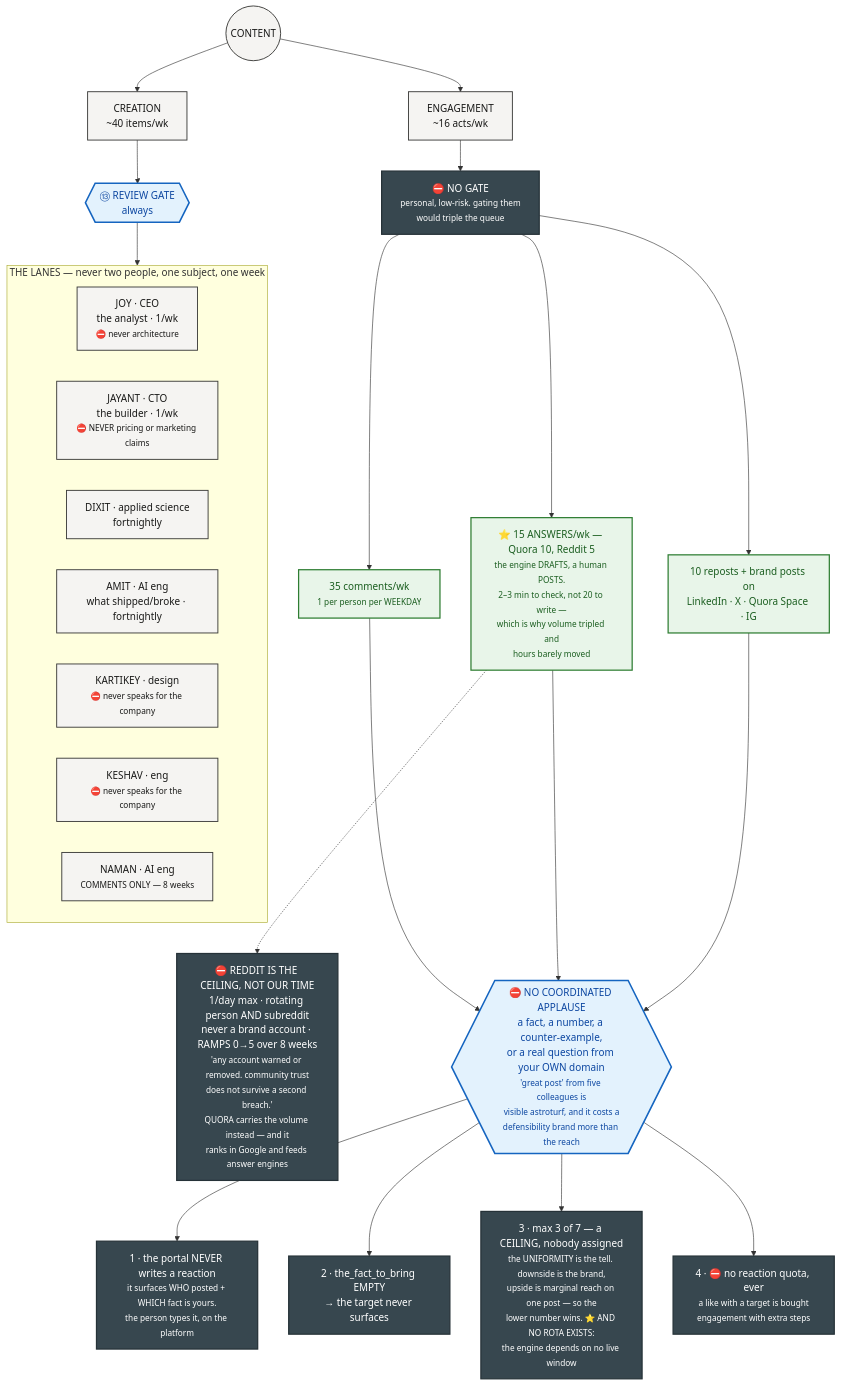
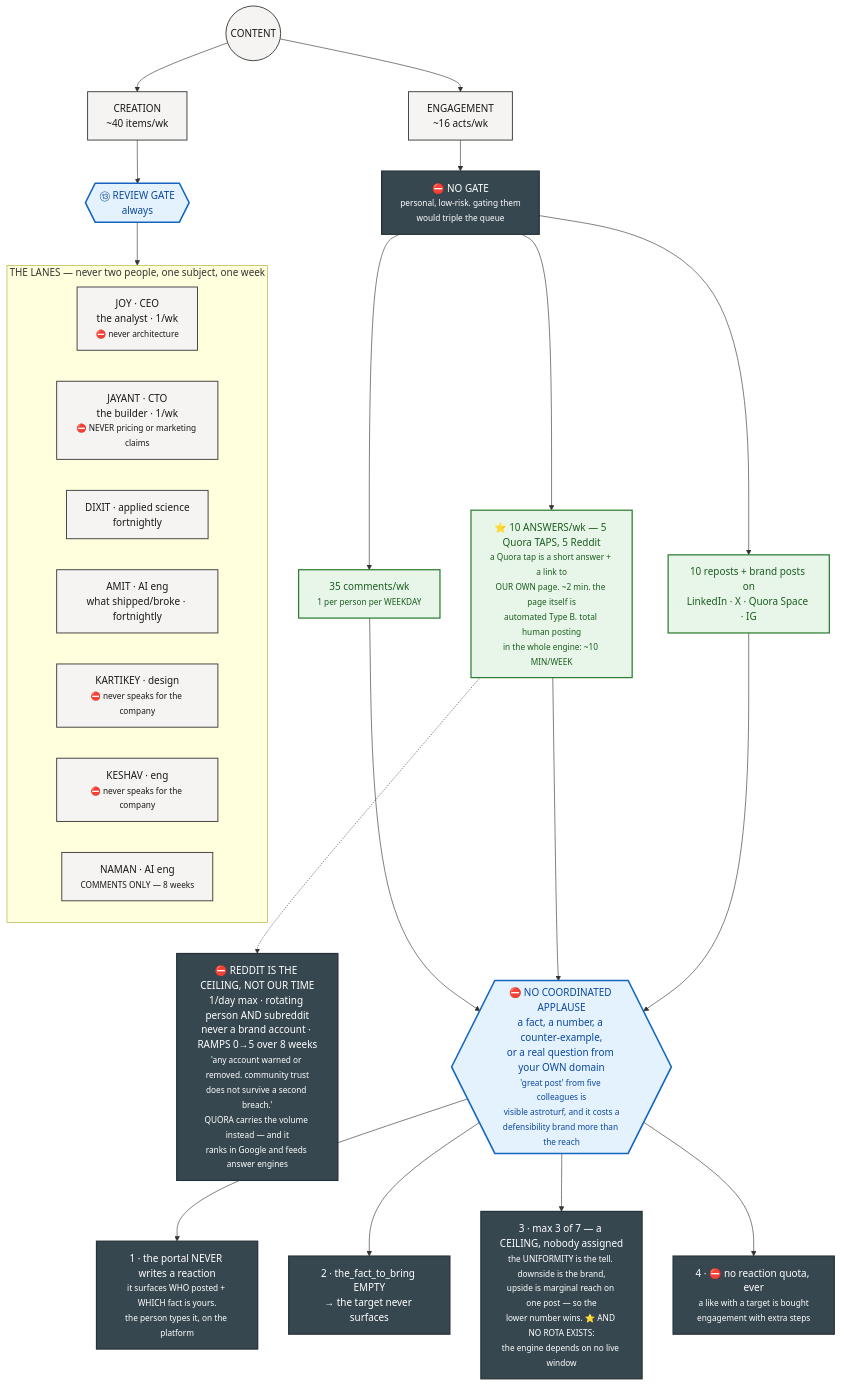
Diagram 18 of 22 in docs/gtm/content-engine-flowchart.md (rathishreya/Caspr), drawn with Mermaid before and after one commit. The commit also changed other lines of this file and 2 other files, not shown here.

````diff
--- a/docs/gtm/content-engine-flowchart.md
+++ b/docs/gtm/content-engine-flowchart.md
@@ -896,47 +931,47 @@
 ```mermaid
 flowchart TD
     ENG(("CONTENT"))
     ENG --> CR["CREATION<br/>~40 items/wk"]
     ENG --> EG["ENGAGEMENT<br/>~16 acts/wk"]
 
     CR --> GATE{{"⑬ REVIEW GATE<br/>always"}}
     EG --> NOGATE["⛔ NO GATE<br/><small>personal, low-risk. gating them<br/>would triple the queue</small>"]
 
     GATE --> LANES
 
     subgraph LANES["THE LANES — never two people, one subject, one week"]
         J["JOY · CEO<br/>the analyst · 1/wk<br/><small>⛔ never architecture</small>"]
         JY["JAYANT · CTO<br/>the builder · 1/wk<br/><small>⛔ NEVER pricing or marketing claims</small>"]
         DX["DIXIT · applied science<br/>fortnightly"]
         AM["AMIT · AI eng<br/>what shipped/broke · fortnightly"]
         KT["KARTIKEY · design<br/><small>⛔ never speaks for the company</small>"]
         KS["KESHAV · eng<br/><small>⛔ never speaks for the company</small>"]
         NM["NAMAN · AI eng<br/><small>COMMENTS ONLY — 8 weeks</small>"]
     end
 
     NOGATE --> C1["35 comments/wk<br/><small>1 per person per WEEKDAY</small>"]
-    NOGATE --> C2["⭐ 15 ANSWERS/wk — Quora 10, Reddit 5<br/><small>the engine DRAFTS, a human POSTS.<br/>2–3 min to check, not 20 to write —<br/>which is why volume tripled and<br/>hours barely moved</small>"]
+    NOGATE --> C2["⭐ 10 ANSWERS/wk — 5 Quora TAPS, 5 Reddit<br/><small>a Quora tap is a short answer + a link to<br/>OUR OWN page. ~2 min. the page itself is<br/>automated Type B. total human posting<br/>in the whole engine: ~10 MIN/WEEK</small>"]
     NOGATE --> C3["10 reposts + brand posts on<br/>LinkedIn · X · Quora Space · IG"]
     CAP["⛔ REDDIT IS THE CEILING, NOT OUR TIME<br/>1/day max · rotating person AND subreddit<br/>never a brand account · RAMPS 0→5 over 8 weeks<br/><small>'any account warned or removed. community trust<br/>does not survive a second breach.'<br/>QUORA carries the volume instead — and it<br/>ranks in Google and feeds answer engines</small>"]
     C2 -.-> CAP
 
     C1 --> RULE
     C2 --> RULE
     C3 --> RULE
 
     RULE{{"⛔ NO COORDINATED APPLAUSE<br/>a fact, a number, a counter-example,<br/>or a real question from your OWN domain<br/><small>'great post' from five colleagues is<br/>visible astroturf, and it costs a<br/>defensibility brand more than the reach</small>"}}
 
     RULE --> G1["1 · the portal NEVER writes a reaction<br/><small>it surfaces WHO posted + WHICH fact is yours.<br/>the person types it, on the platform</small>"]
     RULE --> G2["2 · the_fact_to_bring EMPTY<br/>→ the target never surfaces"]
     RULE --> G3["3 · max 3 of 7 — a CEILING, nobody assigned<br/><small>the UNIFORMITY is the tell. downside is the brand,<br/>upside is marginal reach on one post — so the<br/>lower number wins. ⭐ AND NO ROTA EXISTS:<br/>the engine depends on no live window</small>"]
     RULE --> G4["4 · ⛔ no reaction quota, ever<br/><small>a like with a target is bought<br/>engagement with extra steps</small>"]
 
     classDef mach fill:#f5f4f2,stroke:#3c3c3a,stroke-width:1.5px,color:#1a1a19
     classDef hum fill:#e3f2fd,stroke:#1565c0,stroke-width:2.5px,color:#0d47a1
     classDef stop fill:#37474f,stroke:#263238,stroke-width:2px,color:#ffffff
     classDef good fill:#e8f5e9,stroke:#2e7d32,stroke-width:2px,color:#1b5e20
     class ENG,CR,EG,J,JY,DX,AM,KT,KS,NM mach
     class GATE,RULE hum
     class NOGATE,G1,G2,G3,G4,CAP stop
     class C1,C2,C3 good
 ```
````
